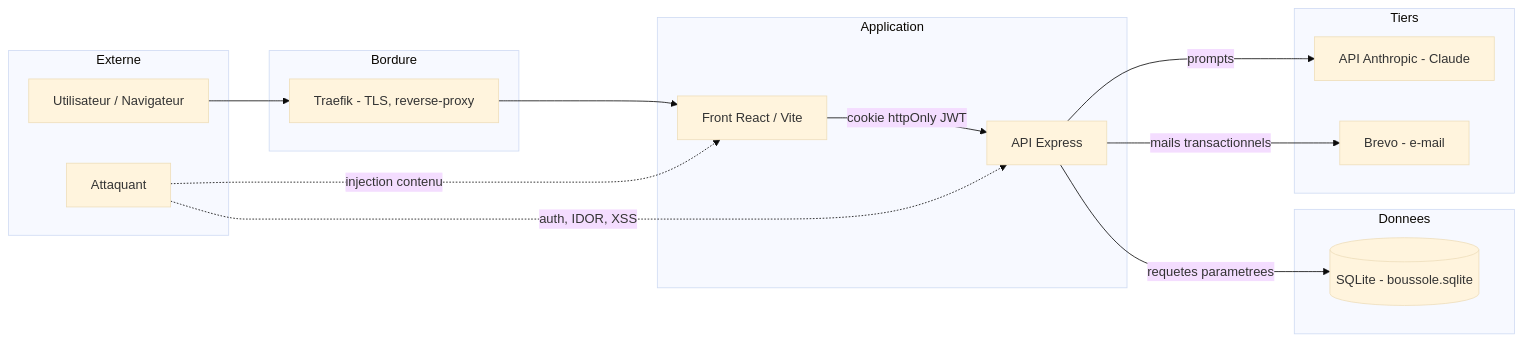
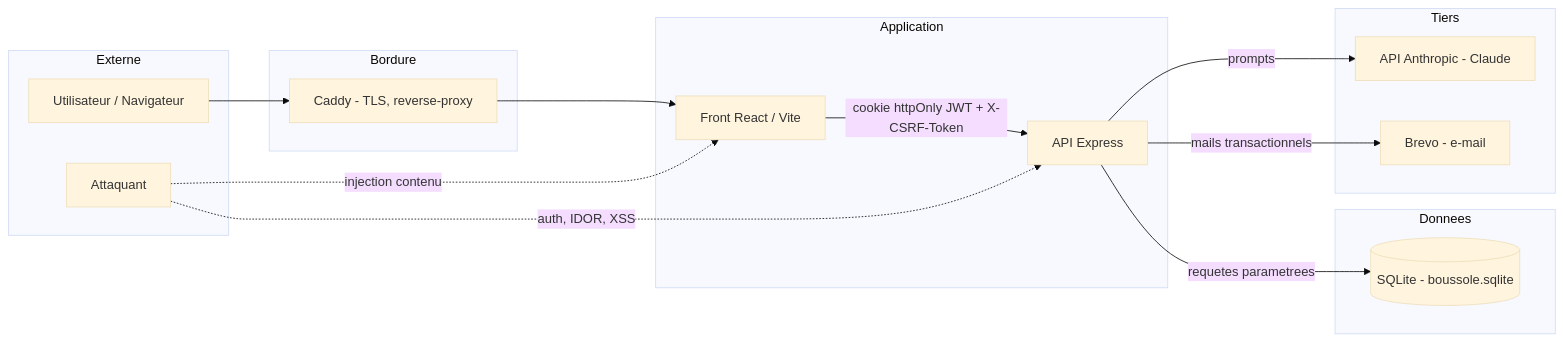
One commit to melafrit/FAD130_accompagnement_pro changed the first of 3 diagrams in app/api/src/wiki/content/security.md. Above: the diagram before and after it, drawn with Mermaid (base theme). The commit also changed other lines of this file and 14 other files, not shown here.

````diff
--- a/app/api/src/wiki/content/security.md
+++ b/app/api/src/wiki/content/security.md
@@ -53,29 +55,29 @@
 ```mermaid
 flowchart LR
   subgraph Externe
     U[Utilisateur / Navigateur]
     A[Attaquant]
   end
   subgraph Bordure
-    T[Traefik - TLS, reverse-proxy]
+    T[Caddy - TLS, reverse-proxy]
   end
   subgraph Application
     W[Front React / Vite]
     API[API Express]
   end
   subgraph Donnees
     DB[(SQLite - boussole.sqlite)]
   end
   subgraph Tiers
     AN[API Anthropic - Claude]
     BR[Brevo - e-mail]
   end
 
   U --> T --> W
-  W -->|cookie httpOnly JWT| API
+  W -->|cookie httpOnly JWT + X-CSRF-Token| API
   A -. auth, IDOR, XSS .-> API
   A -. injection contenu .-> W
   API -->|requetes parametrees| DB
   API -->|prompts| AN
   API -->|mails transactionnels| BR
 ```
````
